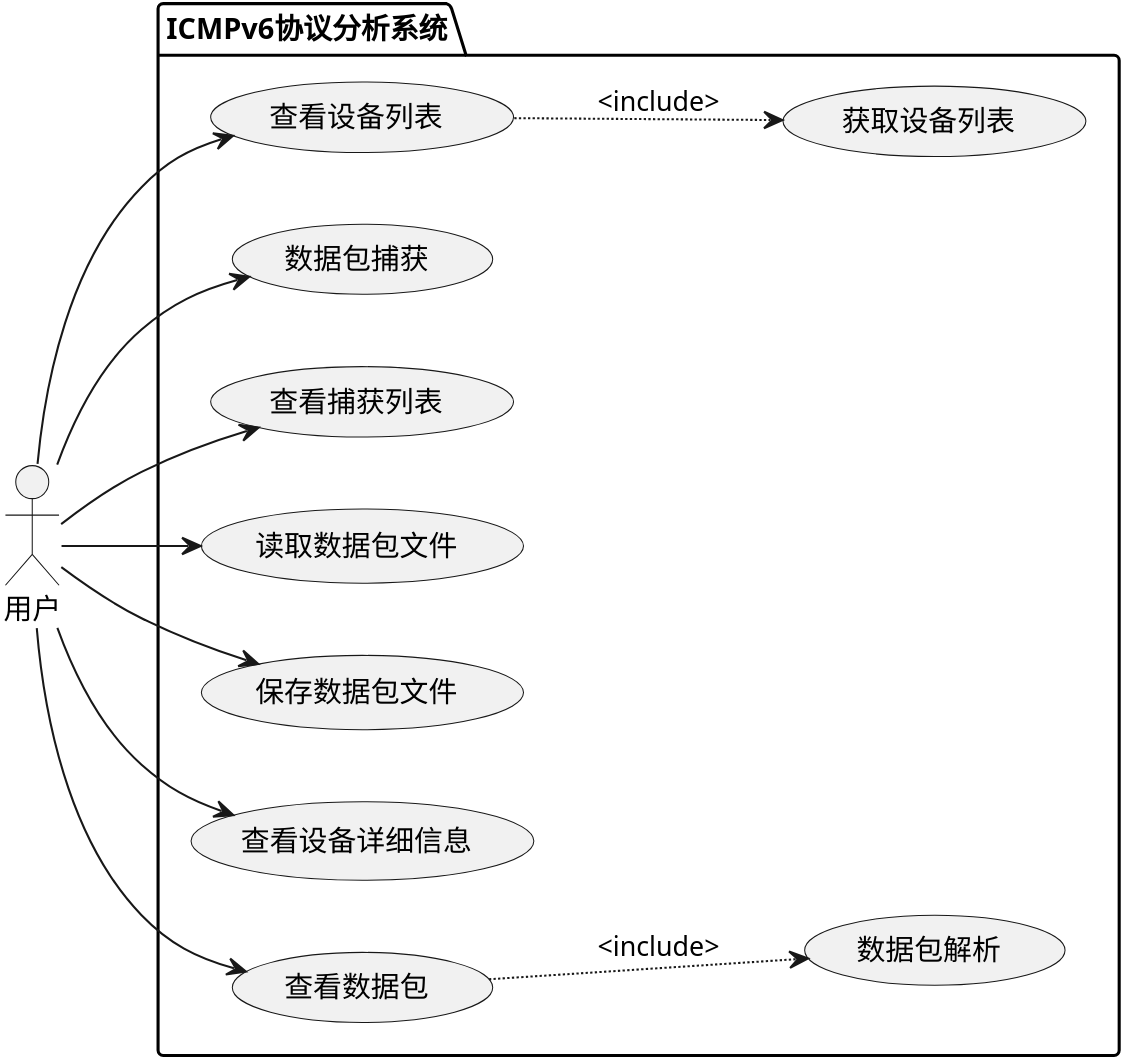
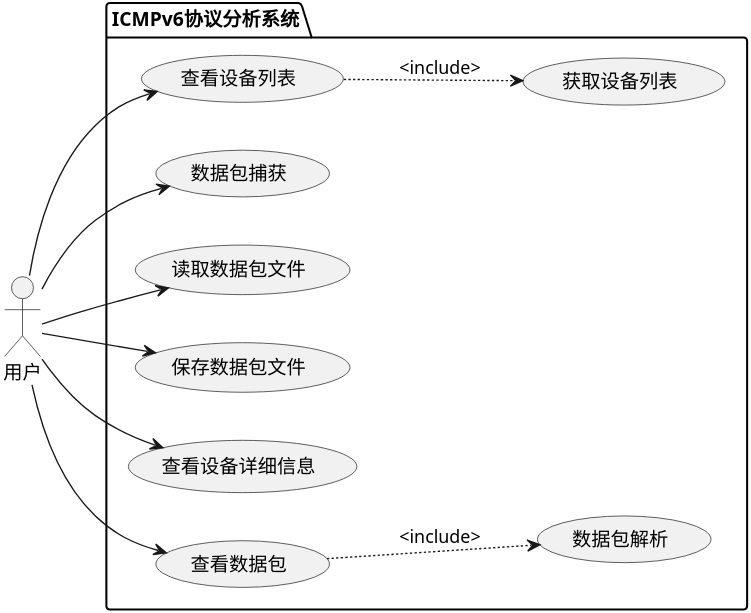
Before and after one commit to Baymax104/icmpv6-parser: the diagram in Icmpv6/doc/SystemUseCase.puml, drawn with PlantUML. The commit also changed 10 other files, not shown here.

```diff
--- a/Icmpv6/doc/SystemUseCase.puml
+++ b/Icmpv6/doc/SystemUseCase.puml
@@ -1,36 +1,36 @@
 @startuml
 'https://plantuml.com/use-case-diagram
 
-skinparam dpi 600
+skinparam dpi 400
 left to right direction
 
 actor 用户 as User
 
 package ICMPv6协议分析系统 {
     
     usecase 查看设备列表
     usecase 获取设备列表
 
     usecase 数据包捕获
-    usecase 查看捕获列表
+'    usecase 查看捕获列表
     usecase 读取数据包文件
     usecase 保存数据包文件
 
     usecase 查看设备详细信息
     usecase 查看数据包
     usecase 数据包解析
 }
 
 User --> 查看设备列表
 User --> 数据包捕获
 查看设备列表 ..> 获取设备列表: <include>
 
-User --> 查看捕获列表
+'User --> 查看捕获列表
 User --> 读取数据包文件
 User --> 保存数据包文件
 查看数据包 ..> 数据包解析 :<include>
 
 User --> 查看设备详细信息
 User --> 查看数据包
 
 @enduml
```
